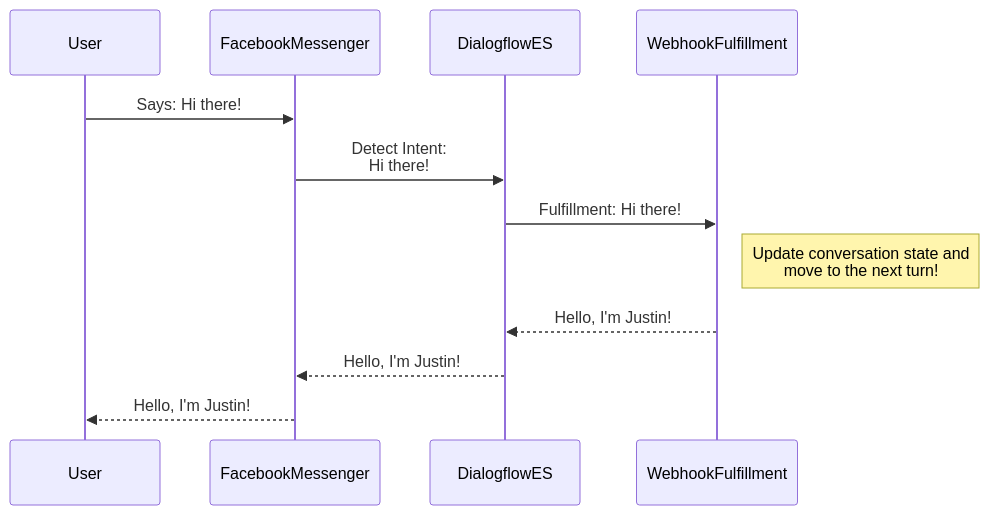
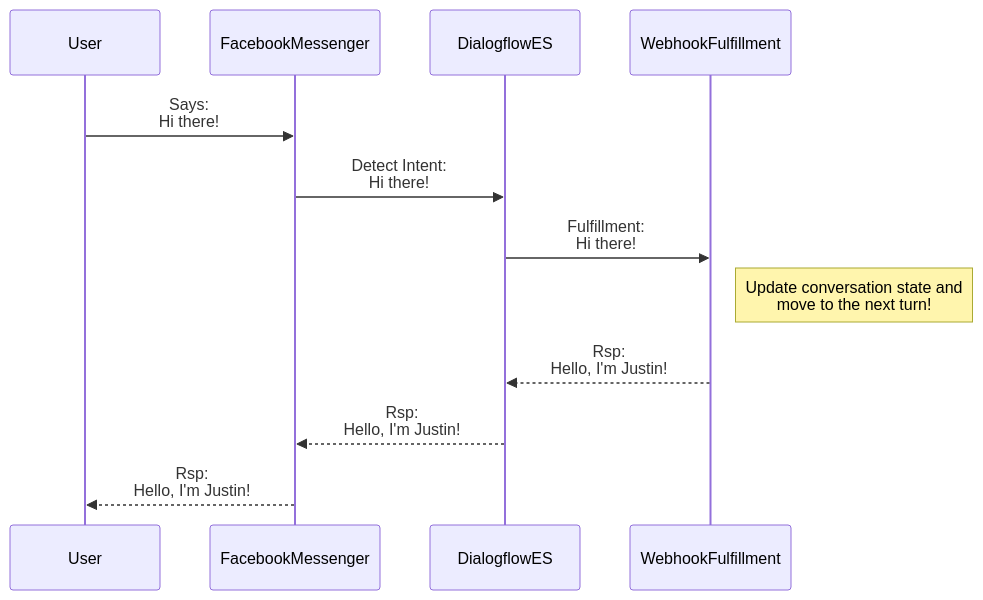
Before and after one commit to jusranda/codingforconvos: the diagram in README.md, drawn with Mermaid. The commit also changed other lines of this file, not shown here.

````diff
--- a/README.md
+++ b/README.md
@@ -4,14 +4,14 @@
 ```mermaid
 sequenceDiagram
     participant User
     participant FacebookMessenger
     participant DialogflowES
     participant WebhookFulfillment
-    User->>FacebookMessenger: Says: Hi there!
+    User->>FacebookMessenger: Says: <br/>Hi there!
     FacebookMessenger->>DialogflowES: Detect Intent: <br/>Hi there!
-    DialogflowES->>WebhookFulfillment: Fulfillment: Hi there!
+    DialogflowES->>WebhookFulfillment: Fulfillment: <br/>Hi there!
     Note right of WebhookFulfillment: Update conversation state and<br/>move to the next turn!
-    WebhookFulfillment-->>DialogflowES: Hello, I'm Justin!
-    DialogflowES-->>FacebookMessenger: Hello, I'm Justin!
-    FacebookMessenger-->>User: Hello, I'm Justin!
+    WebhookFulfillment-->>DialogflowES: Rsp: <br/>Hello, I'm Justin!
+    DialogflowES-->>FacebookMessenger: Rsp: <br/>Hello, I'm Justin!
+    FacebookMessenger-->>User: Rsp: <br/>Hello, I'm Justin!
 ```
````
